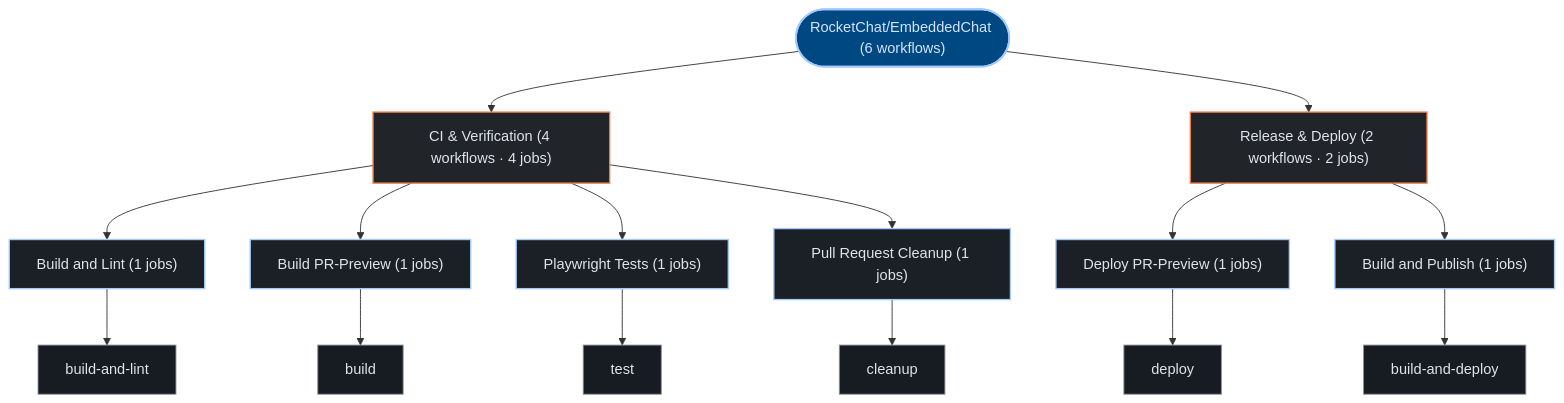
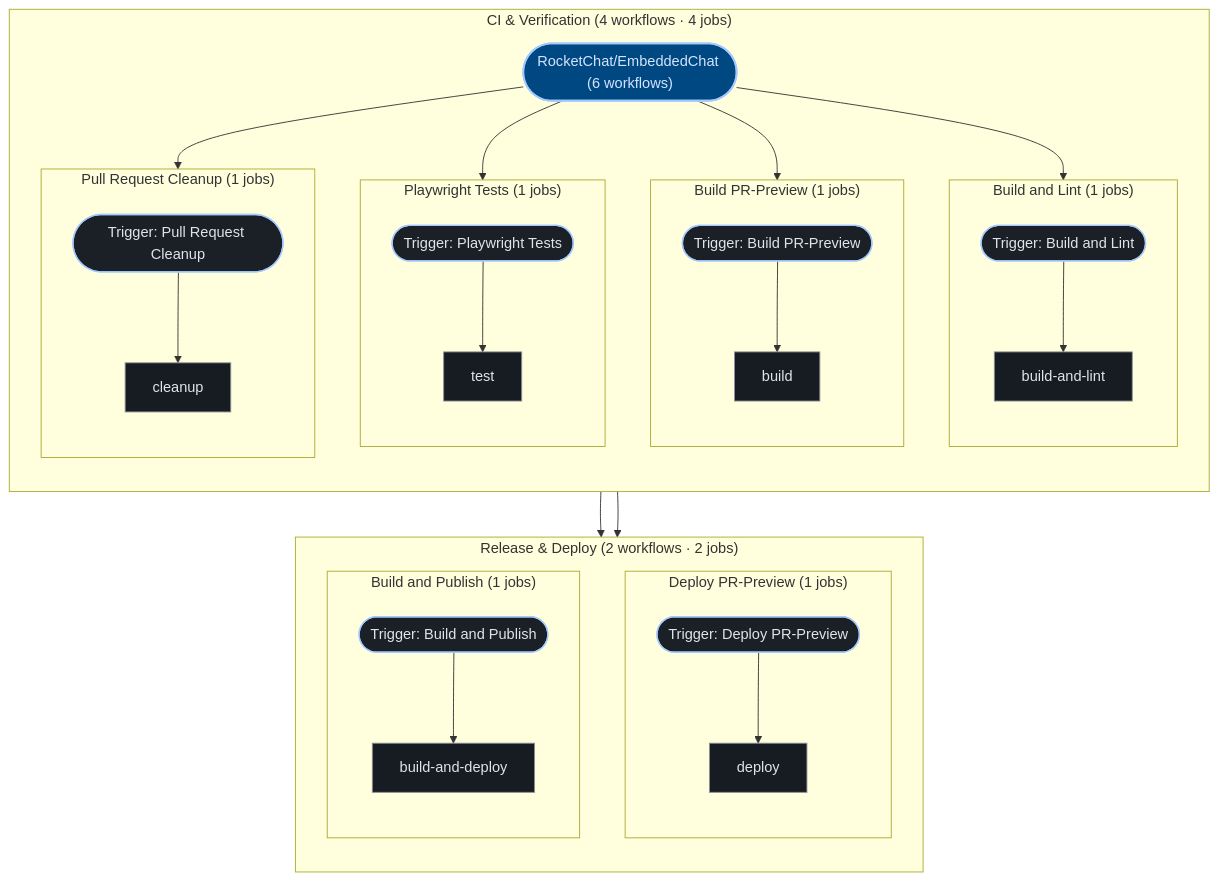
The third of 3 diagrams in exports/latest/reports/RocketChat-EmbeddedChat-report.md (kumarshaz/atruss-code-atlas), drawn with Mermaid before and after one commit. The commit also changed 181 other files, not shown here.

````diff
--- a/exports/latest/reports/RocketChat-EmbeddedChat-report.md
+++ b/exports/latest/reports/RocketChat-EmbeddedChat-report.md
@@ -309,39 +309,59 @@
 ```mermaid
 graph TD;
   classDef atlasRoot fill:#004882,stroke:#a3c9ff,stroke-width:2px,color:#d3e4ff
   classDef atlasCategory fill:#212428,stroke:#E87A48,stroke-width:1.5px,color:#dfe3eb
   classDef atlasWorkflow fill:#1b2026,stroke:#a3c9ff,stroke-width:1.5px,color:#dfe3eb
   classDef atlasJob fill:#171c22,stroke:#8d9199,stroke-width:1px,color:#dfe3eb
   classDef atlasTarget fill:#005227,stroke:#8bd99b,stroke-width:1.5px,color:#a7f6b6
   classDef atlasAlert fill:#93000a,stroke:#ffb4ab,stroke-width:1.5px,color:#ffdad6
   classDef atlasMore fill:#252a31,stroke:#8d9199,stroke-dasharray:4 4,color:#c3c6cf
   pipeline_root(["RocketChat/EmbeddedChat (6 workflows)"]):::atlasRoot
-  grp_0_CI___Verification["CI & Verification (4 workflows · 4 jobs)"]:::atlasCategory
-  pipeline_root --> grp_0_CI___Verification
-  wf_0_Build_and_Lint["Build and Lint (1 jobs)"]:::atlasWorkflow
-  grp_0_CI___Verification --> wf_0_Build_and_Lint
-  job_0_build_and_lint["build-and-lint"]:::atlasJob
-  wf_0_Build_and_Lint --> job_0_build_and_lint
-  wf_1_Build_PR_Preview["Build PR-Preview (1 jobs)"]:::atlasWorkflow
-  grp_0_CI___Verification --> wf_1_Build_PR_Preview
-  job_1_build["build"]:::atlasJob
-  wf_1_Build_PR_Preview --> job_1_build
-  wf_4_Playwright_Tests["Playwright Tests (1 jobs)"]:::atlasWorkflow
-  grp_0_CI___Verification --> wf_4_Playwright_Tests
-  job_4_test["test"]:::atlasJob
-  wf_4_Playwright_Tests --> job_4_test
-  wf_5_Pull_Request_Cleanup["Pull Request Cleanup (1 jobs)"]:::atlasWorkflow
-  grp_0_CI___Verification --> wf_5_Pull_Request_Cleanup
-  job_5_cleanup["cleanup"]:::atlasJob
-  wf_5_Pull_Request_Cleanup --> job_5_cleanup
-  grp_1_Release___Deploy["Release & Deploy (2 workflows · 2 jobs)"]:::atlasCategory
-  pipeline_root --> grp_1_Release___Deploy
-  wf_2_Deploy_PR_Preview["Deploy PR-Preview (1 jobs)"]:::atlasWorkflow
-  grp_1_Release___Deploy --> wf_2_Deploy_PR_Preview
-  job_2_deploy["deploy"]:::atlasJob
-  wf_2_Deploy_PR_Preview --> job_2_deploy
-  wf_3_Build_and_Publish["Build and Publish (1 jobs)"]:::atlasWorkflow
-  grp_1_Release___Deploy --> wf_3_Build_and_Publish
-  job_3_build_and_deploy["build-and-deploy"]:::atlasJob
-  wf_3_Build_and_Publish --> job_3_build_and_deploy
+  subgraph sg_grp_0_CI___Verification["CI & Verification (4 workflows · 4 jobs)"]
+    direction TB
+    subgraph sg_wf_0_Build_and_Lint["Build and Lint (1 jobs)"]
+      direction TB
+      wf_0_Build_and_Lint(["Trigger: Build and Lint"]):::atlasWorkflow
+      job_0_build_and_lint["build-and-lint"]:::atlasJob
+      wf_0_Build_and_Lint --> job_0_build_and_lint
+    end
+    pipeline_root --> wf_0_Build_and_Lint
+    subgraph sg_wf_1_Build_PR_Preview["Build PR-Preview (1 jobs)"]
+      direction TB
+      wf_1_Build_PR_Preview(["Trigger: Build PR-Preview"]):::atlasWorkflow
+      job_1_build["build"]:::atlasJob
+      wf_1_Build_PR_Preview --> job_1_build
+    end
+    pipeline_root --> wf_1_Build_PR_Preview
+    subgraph sg_wf_4_Playwright_Tests["Playwright Tests (1 jobs)"]
+      direction TB
+      wf_4_Playwright_Tests(["Trigger: Playwright Tests"]):::atlasWorkflow
+      job_4_test["test"]:::atlasJob
+      wf_4_Playwright_Tests --> job_4_test
+    end
+    pipeline_root --> wf_4_Playwright_Tests
+    subgraph sg_wf_5_Pull_Request_Cleanup["Pull Request Cleanup (1 jobs)"]
+      direction TB
+      wf_5_Pull_Request_Cleanup(["Trigger: Pull Request Cleanup"]):::atlasWorkflow
+      job_5_cleanup["cleanup"]:::atlasJob
+      wf_5_Pull_Request_Cleanup --> job_5_cleanup
+    end
+    pipeline_root --> wf_5_Pull_Request_Cleanup
+  end
+  subgraph sg_grp_1_Release___Deploy["Release & Deploy (2 workflows · 2 jobs)"]
+    direction TB
+    subgraph sg_wf_2_Deploy_PR_Preview["Deploy PR-Preview (1 jobs)"]
+      direction TB
+      wf_2_Deploy_PR_Preview(["Trigger: Deploy PR-Preview"]):::atlasWorkflow
+      job_2_deploy["deploy"]:::atlasJob
+      wf_2_Deploy_PR_Preview --> job_2_deploy
+    end
+    pipeline_root --> wf_2_Deploy_PR_Preview
+    subgraph sg_wf_3_Build_and_Publish["Build and Publish (1 jobs)"]
+      direction TB
+      wf_3_Build_and_Publish(["Trigger: Build and Publish"]):::atlasWorkflow
+      job_3_build_and_deploy["build-and-deploy"]:::atlasJob
+      wf_3_Build_and_Publish --> job_3_build_and_deploy
+    end
+    pipeline_root --> wf_3_Build_and_Publish
+  end
 ```
````
